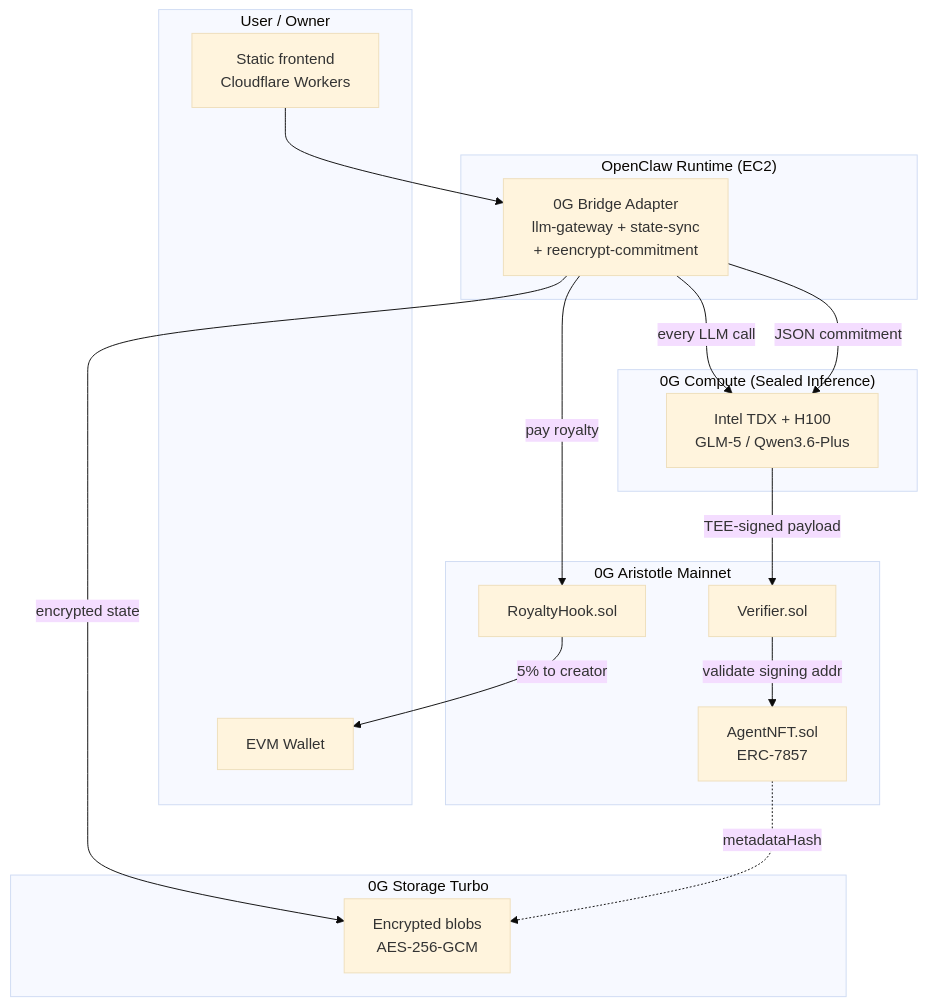
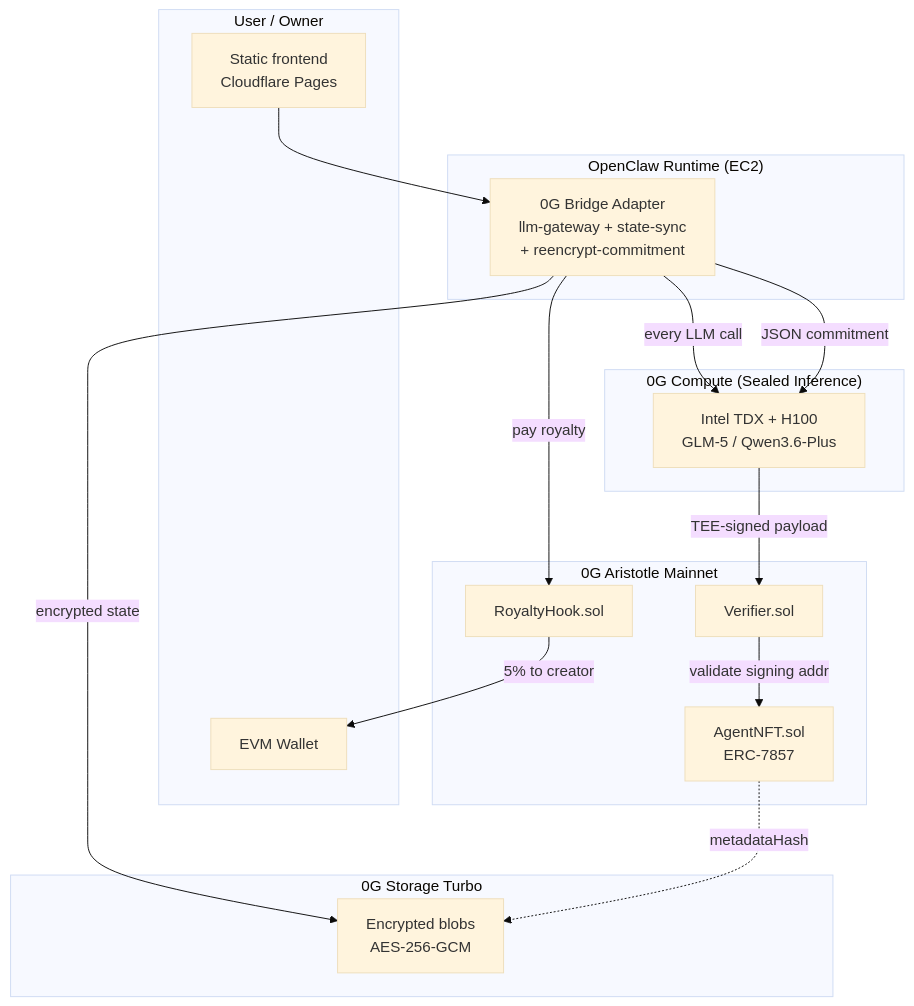
The diagram in README.md (hien-p/Strongest-memory), drawn with Mermaid (base theme) before and after one commit. The commit also changed other lines of this file and 2 other files, not shown here.

First line of the commit message:
feat(deploy): migrate to Cloudflare Pages (strongest.pages.dev)

````diff
--- a/README.md
+++ b/README.md
@@ -77,35 +77,35 @@
 ```mermaid
 graph TB
     subgraph User["User / Owner"]
         Wallet[EVM Wallet]
-        Browser[Static frontend<br/>Cloudflare Workers]
+        Browser[Static frontend<br/>Cloudflare Pages]
     end
 
     subgraph OpenClaw["OpenClaw Runtime (EC2)"]
         Bridge[0G Bridge Adapter<br/>llm-gateway + state-sync<br/>+ reencrypt-commitment]
     end
 
     subgraph ZG_Compute["0G Compute (Sealed Inference)"]
         TEE[Intel TDX + H100<br/>GLM-5 / Qwen3.6-Plus]
     end
 
     subgraph ZG_Storage["0G Storage Turbo"]
         Indexer[Encrypted blobs<br/>AES-256-GCM]
     end
 
     subgraph ZG_Chain["0G Aristotle Mainnet"]
         AgentNFT[AgentNFT.sol<br/>ERC-7857]
         Verifier[Verifier.sol]
         RoyaltyHook[RoyaltyHook.sol]
     end
 
     Browser --> Bridge
     Bridge -->|every LLM call| TEE
     Bridge -->|encrypted state| Indexer
     Bridge -->|JSON commitment| TEE
     TEE -->|TEE-signed payload| Verifier
     Bridge -->|pay royalty| RoyaltyHook
     AgentNFT -.->|metadataHash| Indexer
     Verifier -->|validate signing addr| AgentNFT
     RoyaltyHook -->|5% to creator| Wallet
 ```
````
